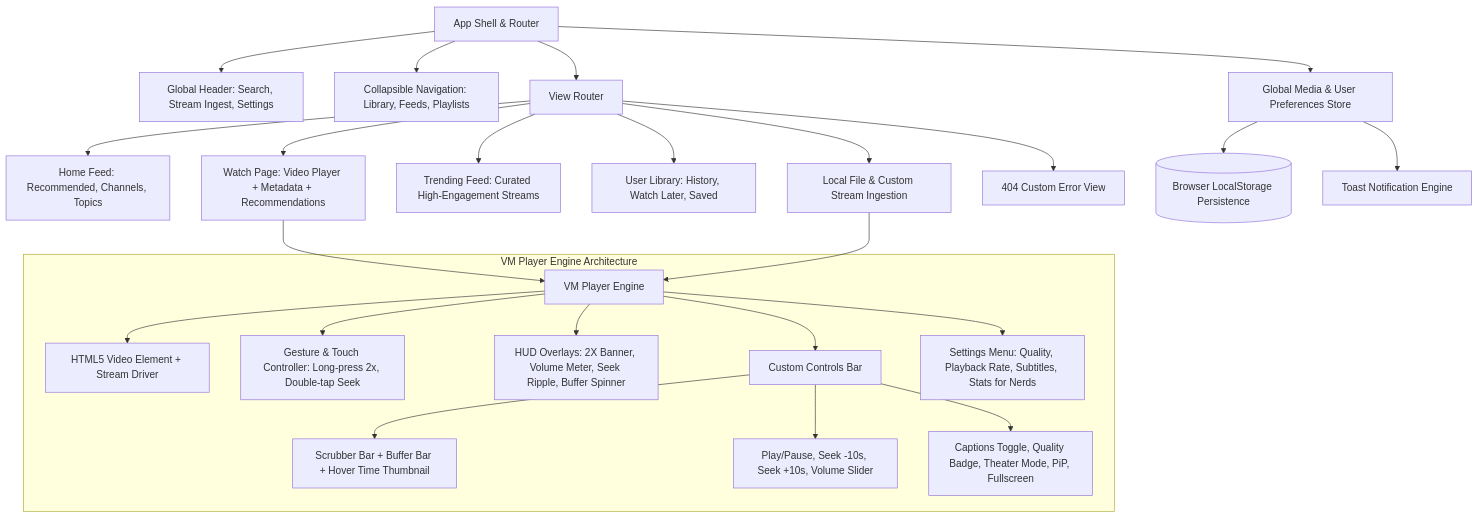
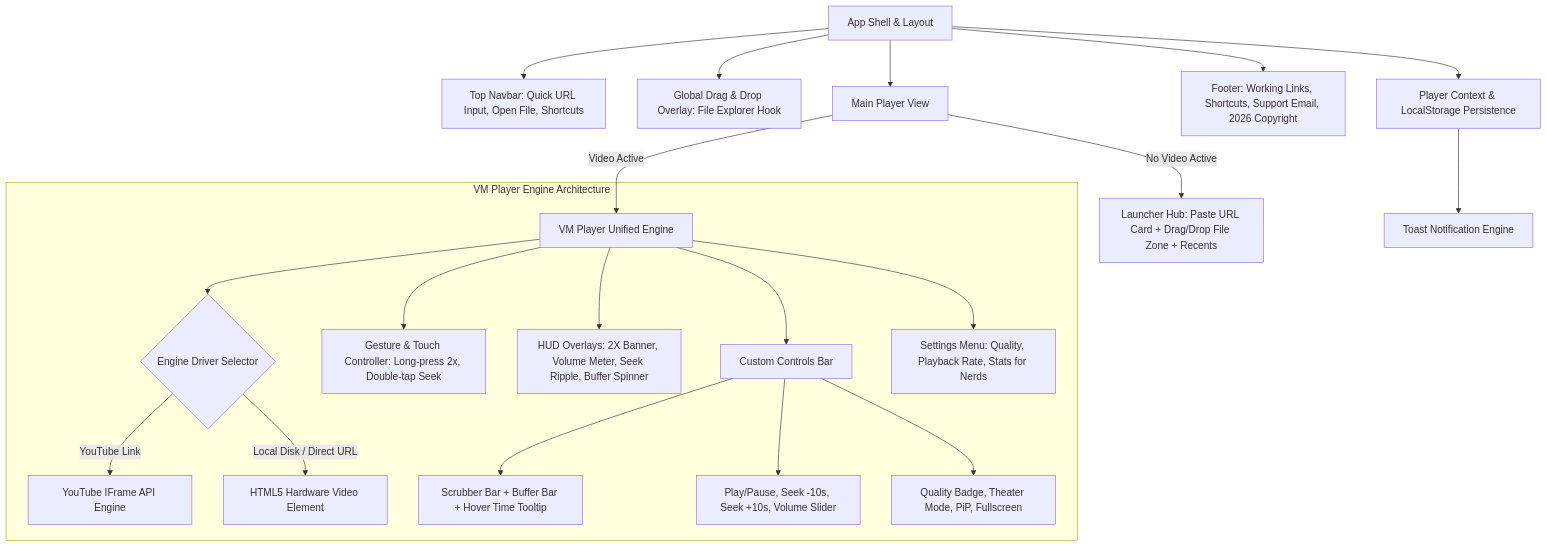
Before and after one commit to Vedant-npc/VM-Player: the diagram in ARCHITECTURE.md, drawn with Mermaid. The commit also changed other lines of this file and 21 other files, not shown here.

Commit message:
feat: streamline into dedicated video player with YouTube URL support and local drag-and-drop

````diff
--- a/ARCHITECTURE.md
+++ b/ARCHITECTURE.md
@@ -10,32 +10,28 @@
 ```mermaid
 flowchart TD
-    App[App Shell & Router] --> Header[Global Header: Search, Stream Ingest, Settings]
-    App --> Sidebar[Collapsible Navigation: Library, Feeds, Playlists]
-    App --> RouteContainer[View Router]
-    
-    RouteContainer --> HomeView[Home Feed: Recommended, Channels, Topics]
-    RouteContainer --> WatchView[Watch Page: Video Player + Metadata + Recommendations]
-    RouteContainer --> TrendingView[Trending Feed: Curated High-Engagement Streams]
-    RouteContainer --> LibraryView[User Library: History, Watch Later, Saved]
-    RouteContainer --> LocalPlayerView[Local File & Custom Stream Ingestion]
-    RouteContainer --> NotFoundView[404 Custom Error View]
+    App[App Shell & Layout] --> Navbar[Top Navbar: Quick URL Input, Open File, Shortcuts]
+    App --> GlobalDropZone[Global Drag & Drop Overlay: File Explorer Hook]
+    App --> PlayerView[Main Player View]
+    App --> Footer[Footer: Working Links, Shortcuts, Support Email, 2026 Copyright]
 
-    WatchView --> VMPlayer[VM Player Engine]
-    LocalPlayerView --> VMPlayer
+    PlayerView -->|No Video Active| Launcher[Launcher Hub: Paste URL Card + Drag/Drop File Zone + Recents]
+    PlayerView -->|Video Active| VMPlayer[VM Player Unified Engine]
 
     subgraph "VM Player Engine Architecture"
-        VMPlayer --> MediaSurface[HTML5 Video Element + Stream Driver]
+        VMPlayer --> DriverSwitch{Engine Driver Selector}
+        DriverSwitch -->|YouTube Link| YTDriver[YouTube IFrame API Engine]
+        DriverSwitch -->|Local Disk / Direct URL| HTML5Driver[HTML5 Hardware Video Element]
+
         VMPlayer --> GestureEngine[Gesture & Touch Controller: Long-press 2x, Double-tap Seek]
         VMPlayer --> OverlayHUD[HUD Overlays: 2X Banner, Volume Meter, Seek Ripple, Buffer Spinner]
         VMPlayer --> ControlsBar[Custom Controls Bar]
-        VMPlayer --> SettingsDialog[Settings Menu: Quality, Playback Rate, Subtitles, Stats for Nerds]
+        VMPlayer --> SettingsDialog[Settings Menu: Quality, Playback Rate, Stats for Nerds]
         
-        ControlsBar --> Timeline[Scrubber Bar + Buffer Bar + Hover Time Thumbnail]
+        ControlsBar --> Timeline[Scrubber Bar + Buffer Bar + Hover Time Tooltip]
         ControlsBar --> PlaybackGroup[Play/Pause, Seek -10s, Seek +10s, Volume Slider]
-        ControlsBar --> ActionGroup[Captions Toggle, Quality Badge, Theater Mode, PiP, Fullscreen]
+        ControlsBar --> ActionGroup[Quality Badge, Theater Mode, PiP, Fullscreen]
     end
 
-    App --> StateStore[Global Media & User Preferences Store]
-    StateStore --> LocalStorage[(Browser LocalStorage Persistence)]
+    App --> StateStore[Player Context & LocalStorage Persistence]
     StateStore --> ToastManager[Toast Notification Engine]
 ```
````
